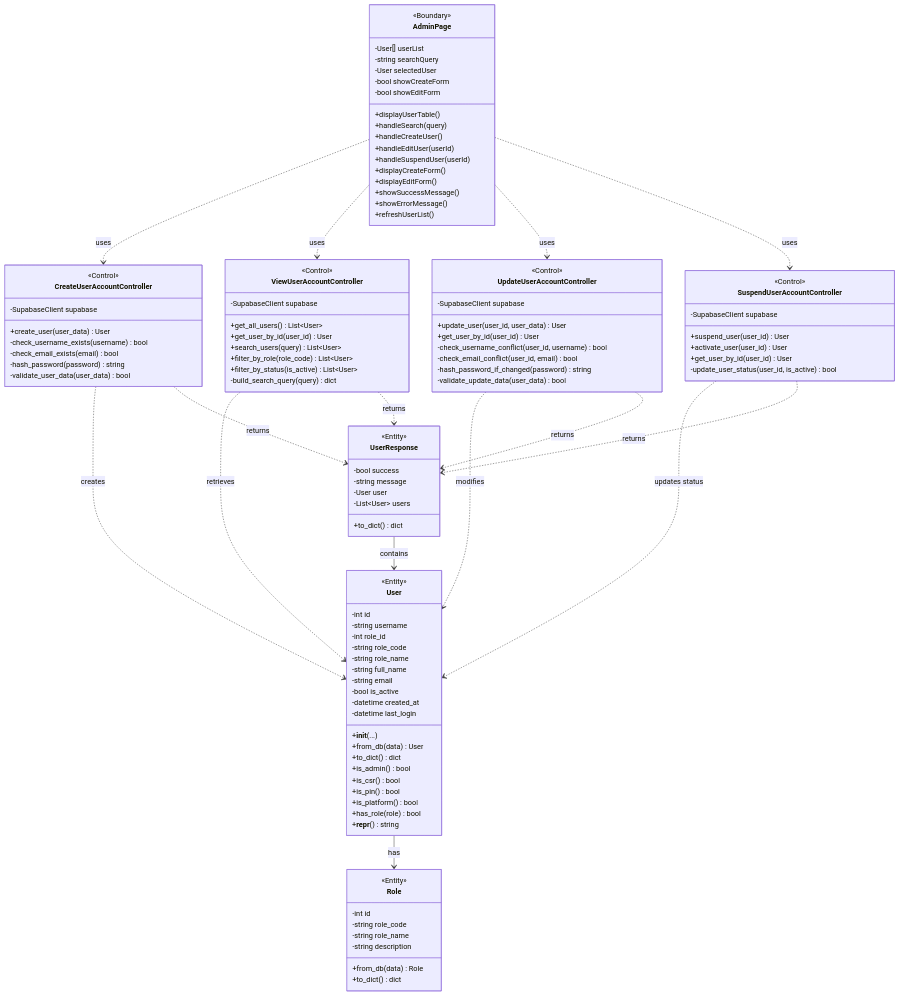
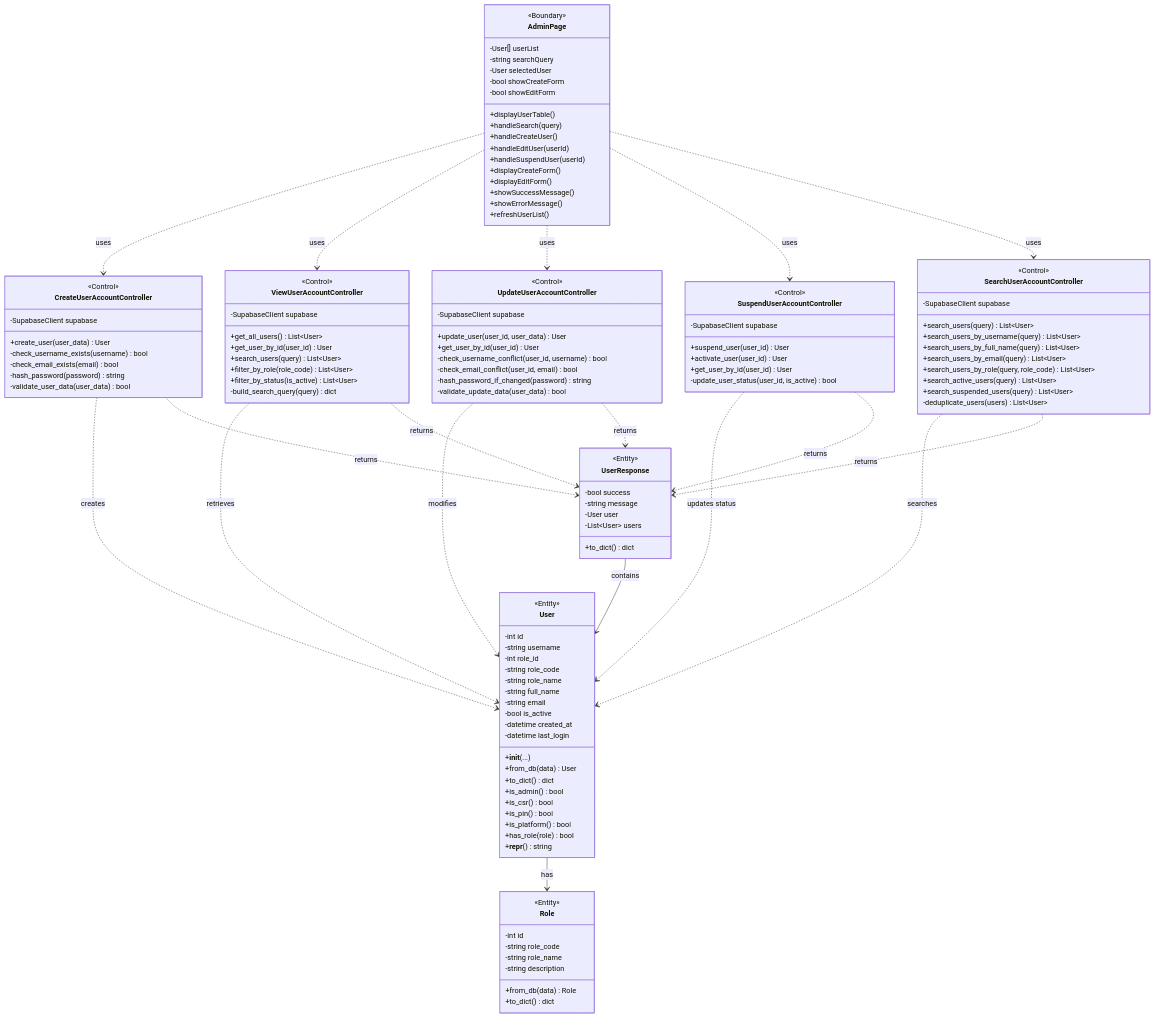
One commit to fukutarosie/csr changed the fifth of 8 diagrams in CRUD_USER_ACCOUNTS_DIAGRAMS.md. Above: the diagram before and after it, drawn with Mermaid. The commit also changed other lines of this file and 9 other files, not shown here.

```diff
--- a/CRUD_USER_ACCOUNTS_DIAGRAMS.md
+++ b/CRUD_USER_ACCOUNTS_DIAGRAMS.md
@@ -196,6 +209,19 @@
         -update_user_status(user_id, is_active) bool
     }
 
+    class SearchUserAccountController {
+        <<Control>>
+        -SupabaseClient supabase
+        +search_users(query) List~User~
+        +search_users_by_username(query) List~User~
+        +search_users_by_full_name(query) List~User~
+        +search_users_by_email(query) List~User~
+        +search_users_by_role(query, role_code) List~User~
+        +search_active_users(query) List~User~
+        +search_suspended_users(query) List~User~
+        -deduplicate_users(users) List~User~
+    }
+
     %% Entity Layer
     class User {
         <<Entity>>
@@ -244,16 +270,19 @@
     AdminPage ..> ViewUserAccountController : uses
     AdminPage ..> UpdateUserAccountController : uses
     AdminPage ..> SuspendUserAccountController : uses
+    AdminPage ..> SearchUserAccountController : uses
     
     CreateUserAccountController ..> User : creates
     ViewUserAccountController ..> User : retrieves
     UpdateUserAccountController ..> User : modifies
     SuspendUserAccountController ..> User : updates status
+    SearchUserAccountController ..> User : searches
     
     CreateUserAccountController ..> UserResponse : returns
     ViewUserAccountController ..> UserResponse : returns
     UpdateUserAccountController ..> UserResponse : returns
     SuspendUserAccountController ..> UserResponse : returns
+    SearchUserAccountController ..> UserResponse : returns
     
     User --> Role : has
     UserResponse --> User : contains
```
